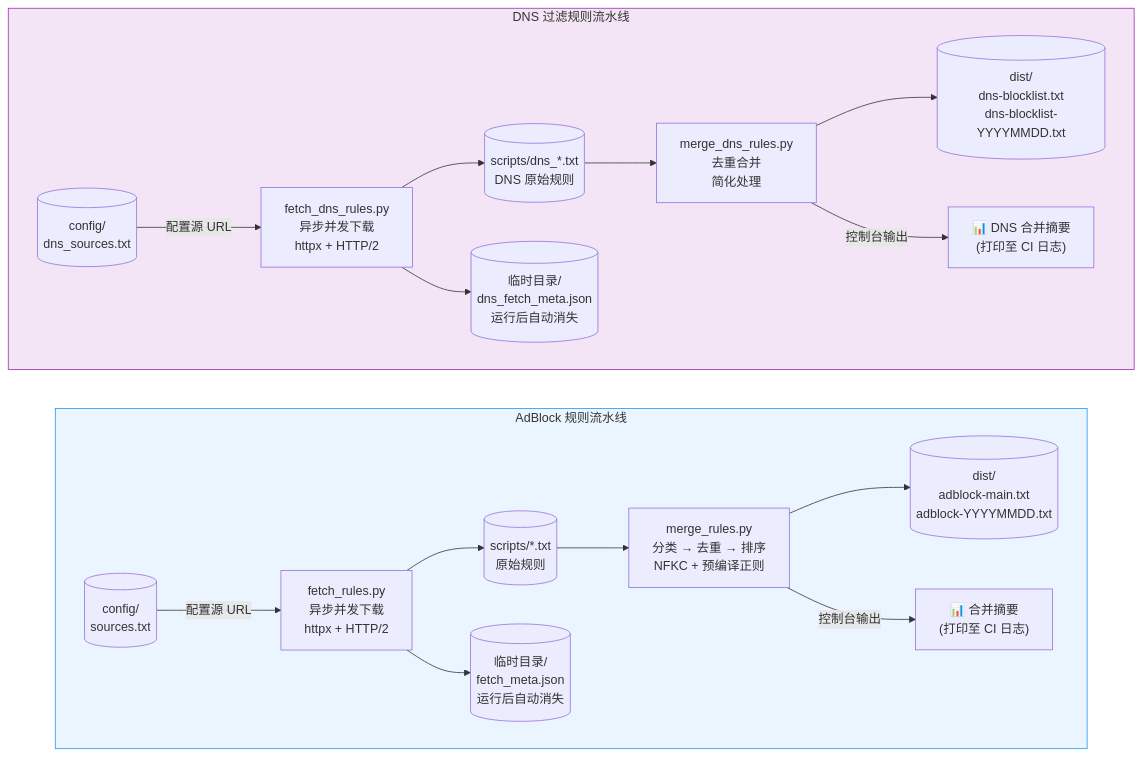
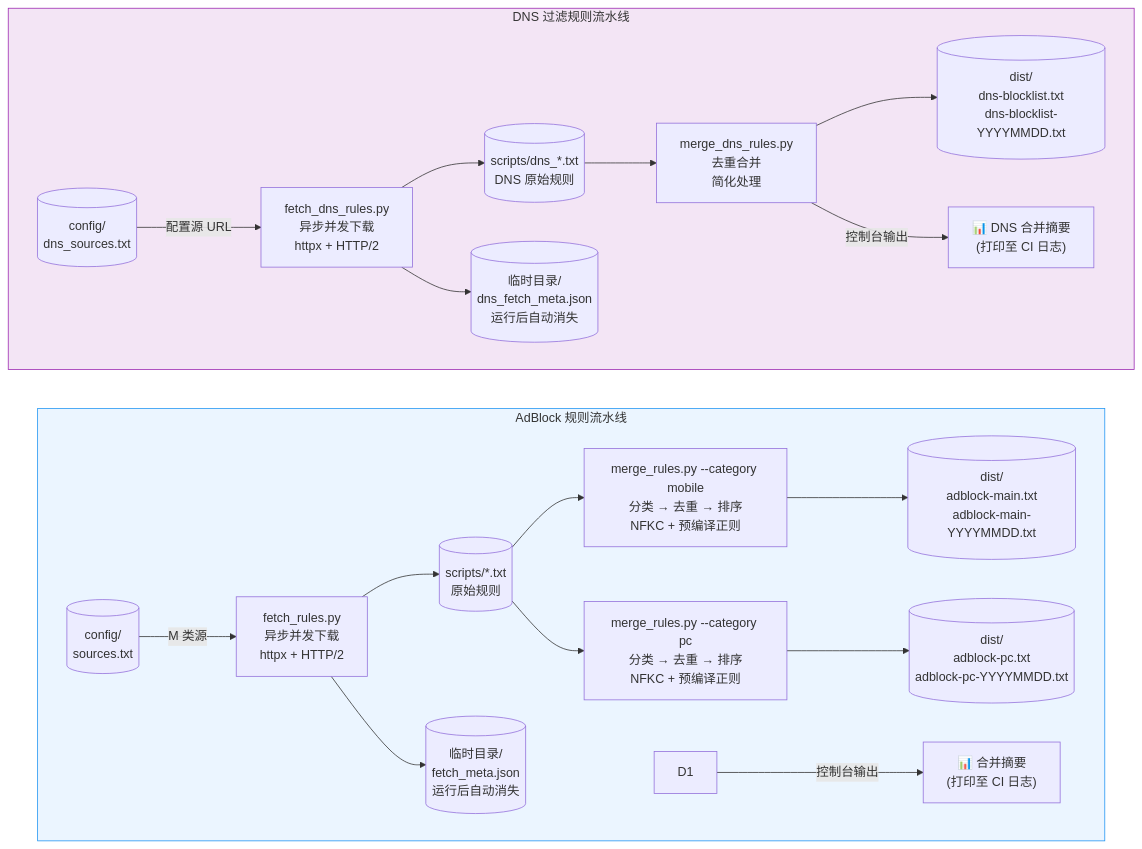
The first of 5 diagrams in docs/PROJECT_DOCS.md (Chaniug/FilterFusion), drawn with Mermaid before and after one commit. The commit also changed other lines of this file and 8 other files, not shown here.

````diff
--- a/docs/PROJECT_DOCS.md
+++ b/docs/PROJECT_DOCS.md
@@ -66,25 +66,27 @@
 ```mermaid
 flowchart LR
     subgraph ADBLOCK["AdBlock 规则流水线"]
         direction LR
-        A1[("config/<br/>sources.txt")] -->|配置源 URL| B1["fetch_rules.py<br/>异步并发下载<br/>httpx + HTTP/2"]
+        A1[("config/<br/>sources.txt")] -->|M 类源| B1["fetch_rules.py<br/>异步并发下载<br/>httpx + HTTP/2"]
         B1 --> C1[("scripts/*.txt<br/>原始规则")]
         B1 --> M1[("临时目录/<br/>fetch_meta.json<br/>运行后自动消失")]
-        C1 --> D1["merge_rules.py<br/>分类 → 去重 → 排序<br/>NFKC + 预编译正则"]
-        D1 --> E1[("dist/<br/>adblock-main.txt<br/>adblock-YYYYMMDD.txt")]
+        C1 --> D1a["merge_rules.py --category mobile<br/>分类 → 去重 → 排序<br/>NFKC + 预编译正则"]
+        D1a --> E1a[("dist/<br/>adblock-main.txt<br/>adblock-main-YYYYMMDD.txt")]
+        C1 --> D1b["merge_rules.py --category pc<br/>分类 → 去重 → 排序<br/>NFKC + 预编译正则"]
+        D1b --> E1b[("dist/<br/>adblock-pc.txt<br/>adblock-pc-YYYYMMDD.txt")]
         D1 -->|控制台输出| F1["📊 合并摘要<br/>(打印至 CI 日志)"]
     end
 
     subgraph DNS["DNS 过滤规则流水线"]
         direction LR
         A2[("config/<br/>dns_sources.txt")] -->|配置源 URL| B2["fetch_dns_rules.py<br/>异步并发下载<br/>httpx + HTTP/2"]
         B2 --> C2[("scripts/dns_*.txt<br/>DNS 原始规则")]
         B2 --> M2[("临时目录/<br/>dns_fetch_meta.json<br/>运行后自动消失")]
         C2 --> D2["merge_dns_rules.py<br/>去重合并<br/>简化处理"]
         D2 --> E2[("dist/<br/>dns-blocklist.txt<br/>dns-blocklist-YYYYMMDD.txt")]
         D2 -->|控制台输出| F2["📊 DNS 合并摘要<br/>(打印至 CI 日志)"]
     end
 
     style ADBLOCK fill:#ebf5ff,stroke:#2196f3
     style DNS fill:#f3e5f5,stroke:#9c27b0
 ```
````
